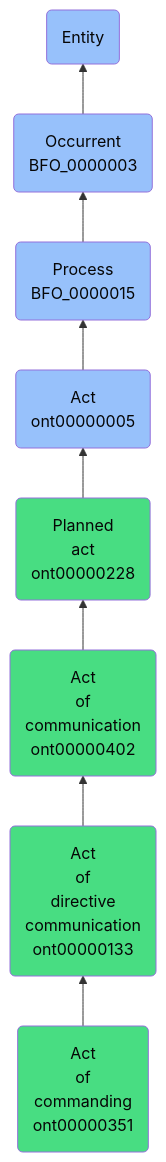
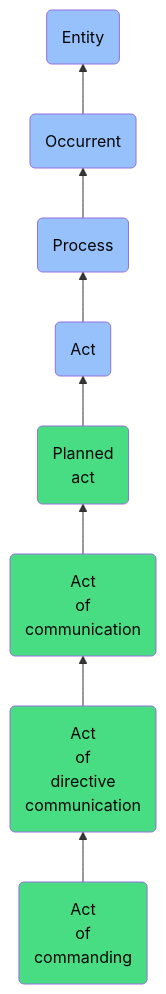
One commit to jupyter-naas/abi changed the diagram in docs/ontology/reference/model/Entity/Occurrent/Process/Act/Planned act/Act of communication/Act of directive communication/Act of commanding/Act of commanding.md. Above: the diagram before and after it, drawn with Mermaid. The commit also changed other lines of this file and 1430 other files, not shown here.

````diff
--- a/docs/ontology/reference/model/Entity/Occurrent/Process/Act/Planned act/Act of communication/Act of directive communication/Act of commanding/Act of commanding.md
+++ b/docs/ontology/reference/model/Entity/Occurrent/Process/Act/Planned act/Act of communication/Act of directive communication/Act of commanding/Act of commanding.md
@@ -24,15 +24,15 @@
 ```mermaid
 graph BT
-    ont00000351(Act<br>of<br>commanding<br>ont00000351):::ABI-->ont00000133
-    ont00000133(Act<br>of<br>directive<br>communication<br>ont00000133):::ABI-->ont00000402
-    ont00000402(Act<br>of<br>communication<br>ont00000402):::ABI-->ont00000228
-    ont00000228(Planned<br>act<br>ont00000228):::ABI-->ont00000005
-    ont00000005(Act<br>ont00000005):::BFO-->BFO_0000015
-    BFO_0000015(Process<br>BFO_0000015):::BFO-->BFO_0000003
-    BFO_0000003(Occurrent<br>BFO_0000003):::BFO-->BFO_0000001
+    ont00000351(Act<br>of<br>commanding):::ABI-->ont00000133
+    ont00000133(Act<br>of<br>directive<br>communication):::ABI-->ont00000402
+    ont00000402(Act<br>of<br>communication):::ABI-->ont00000228
+    ont00000228(Planned<br>act):::ABI-->ont00000005
+    ont00000005(Act):::BFO-->BFO_0000015
+    BFO_0000015(Process):::BFO-->BFO_0000003
+    BFO_0000003(Occurrent):::BFO-->BFO_0000001
     BFO_0000001(Entity):::BFO
     
     classDef BFO fill:#97c1fb,color:#060606
     classDef CCO fill:#e4c51e,color:#060606
     classDef ABI fill:#48DD82,color:#060606
 ```
````
